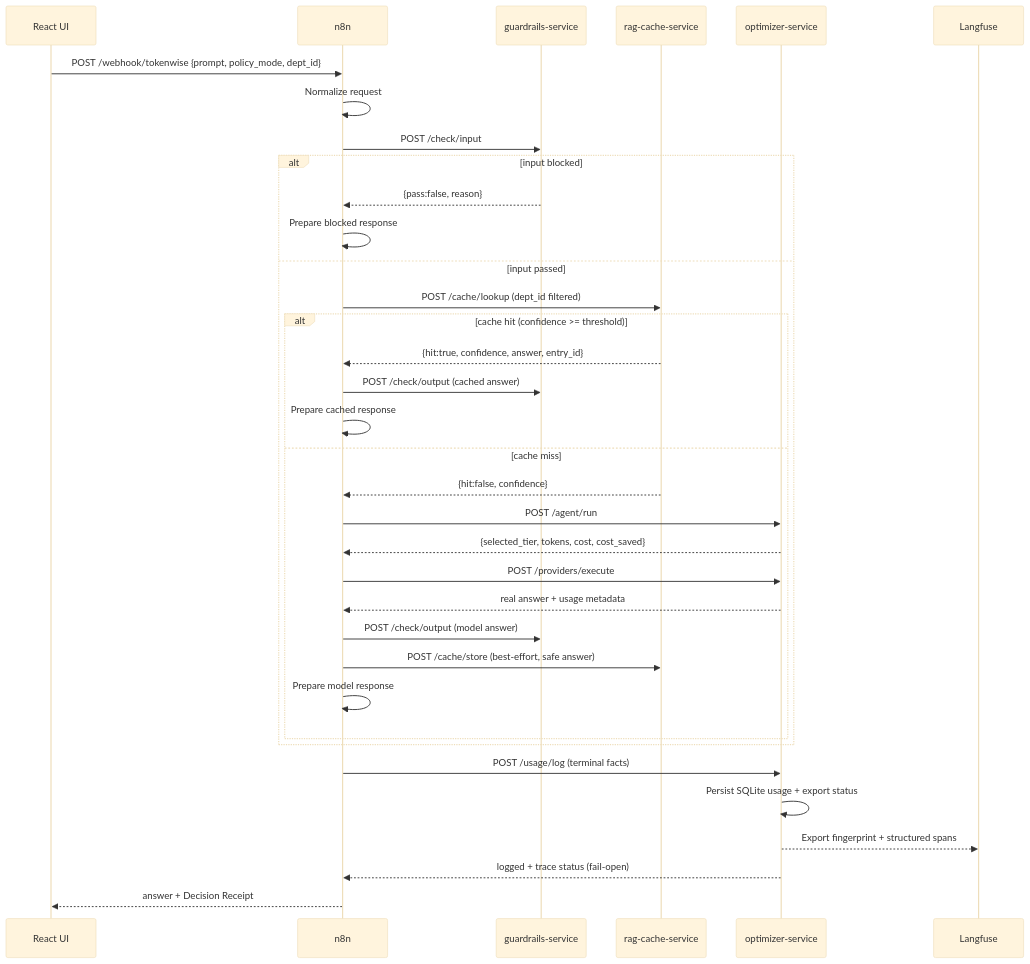
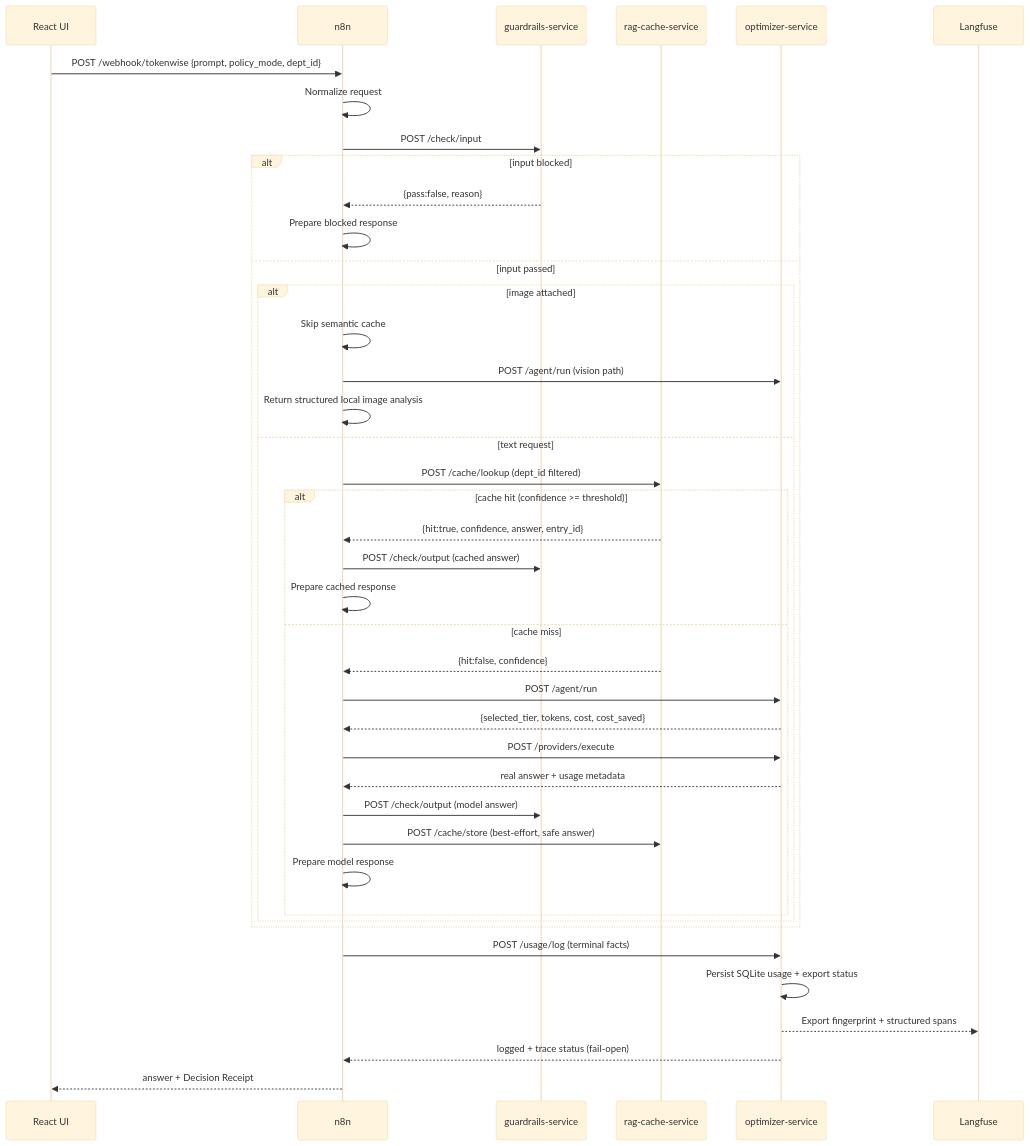
Before and after one commit to tomeryoel/tokenwise: the second of 5 diagrams in docs/architecture.md, drawn with Mermaid (base theme). The commit also changed other lines of this file and 12 other files, not shown here.

````diff
--- a/docs/architecture.md
+++ b/docs/architecture.md
@@ -56,38 +56,44 @@
 ```mermaid
 sequenceDiagram
     participant UI as React UI
     participant N as n8n
     participant G as guardrails-service
     participant C as rag-cache-service
     participant O as optimizer-service
     participant L as Langfuse
 
     UI->>N: POST /webhook/tokenwise {prompt, policy_mode, dept_id}
     N->>N: Normalize request
     N->>G: POST /check/input
     alt input blocked
         G-->>N: {pass:false, reason}
         N->>N: Prepare blocked response
     else input passed
-        N->>C: POST /cache/lookup (dept_id filtered)
-        alt cache hit (confidence >= threshold)
-            C-->>N: {hit:true, confidence, answer, entry_id}
-            N->>G: POST /check/output (cached answer)
-            N->>N: Prepare cached response
-        else cache miss
-            C-->>N: {hit:false, confidence}
-            N->>O: POST /agent/run
-            O-->>N: {selected_tier, tokens, cost, cost_saved}
-            N->>O: POST /providers/execute
-            O-->>N: real answer + usage metadata
-            N->>G: POST /check/output (model answer)
-            N->>C: POST /cache/store (best-effort, safe answer)
-            N->>N: Prepare model response
+        alt image attached
+            N->>N: Skip semantic cache
+            N->>O: POST /agent/run (vision path)
+            N->>N: Return structured local image analysis
+        else text request
+            N->>C: POST /cache/lookup (dept_id filtered)
+            alt cache hit (confidence >= threshold)
+                C-->>N: {hit:true, confidence, answer, entry_id}
+                N->>G: POST /check/output (cached answer)
+                N->>N: Prepare cached response
+            else cache miss
+                C-->>N: {hit:false, confidence}
+                N->>O: POST /agent/run
+                O-->>N: {selected_tier, tokens, cost, cost_saved}
+                N->>O: POST /providers/execute
+                O-->>N: real answer + usage metadata
+                N->>G: POST /check/output (model answer)
+                N->>C: POST /cache/store (best-effort, safe answer)
+                N->>N: Prepare model response
+            end
         end
     end
     N->>O: POST /usage/log (terminal facts)
     O->>O: Persist SQLite usage + export status
     O-->>L: Export fingerprint + structured spans
     O-->>N: logged + trace status (fail-open)
     N-->>UI: answer + Decision Receipt
 ```
````
